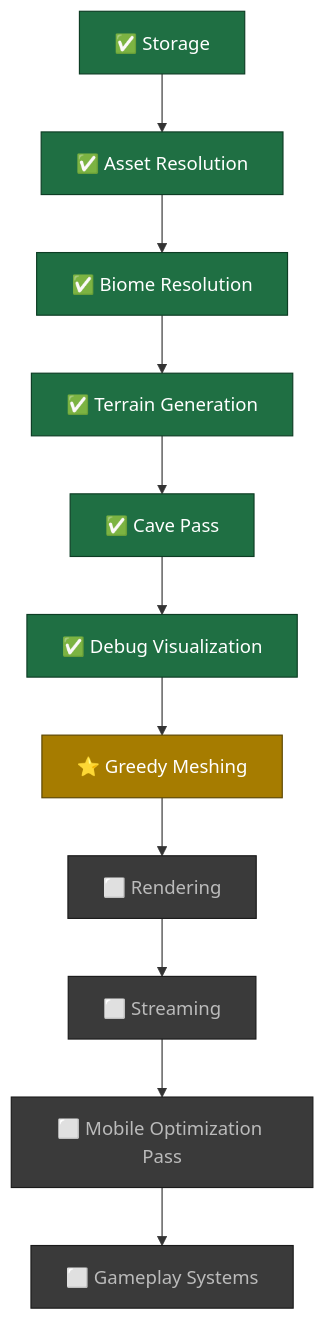
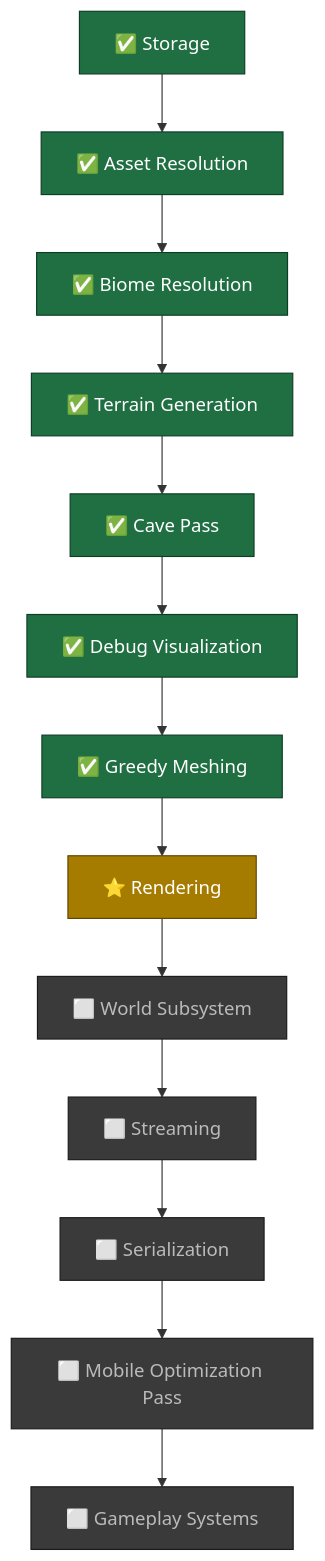
The third of 3 diagrams in README.md (Jaiminsinh-Dodiya/VoxelFramework-UE5), drawn with Mermaid before and after one commit. The commit also changed other lines of this file and 3 other files, not shown here.

````diff
--- a/README.md
+++ b/README.md
@@ -182,20 +178,22 @@
 ```mermaid
 graph TD
     A["✅ Storage"] --> B["✅ Asset Resolution"]
     B --> C["✅ Biome Resolution"]
     C --> D["✅ Terrain Generation"]
     D --> E["✅ Cave Pass"]
     E --> F["✅ Debug Visualization"]
-    F --> G["⭐ Greedy Meshing"]
-    G --> H["⬜ Rendering"]
-    H --> I["⬜ Streaming"]
-    I --> J["⬜ Mobile Optimization Pass"]
-    J --> K["⬜ Gameplay Systems"]
+    F --> G["✅ Greedy Meshing"]
+    G --> H["⭐ Rendering"]
+    H --> I["⬜ World Subsystem"]
+    I --> J["⬜ Streaming"]
+    J --> K["⬜ Serialization"]
+    K --> L["⬜ Mobile Optimization Pass"]
+    L --> M["⬜ Gameplay Systems"]
 
     classDef done fill:#1f6f43,stroke:#0d3d24,color:#fff
     classDef next fill:#a67c00,stroke:#5c4600,color:#fff
     classDef pending fill:#3a3a3a,stroke:#1a1a1a,color:#bbb
-    class A,B,C,D,E,F done
-    class G next
-    class H,I,J,K pending
+    class A,B,C,D,E,F,G done
+    class H next
+    class I,J,K,L,M pending
 ```
````
